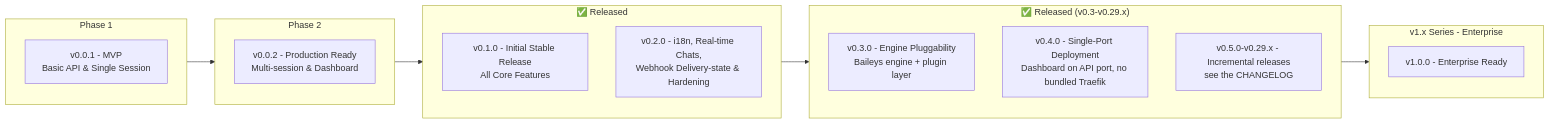
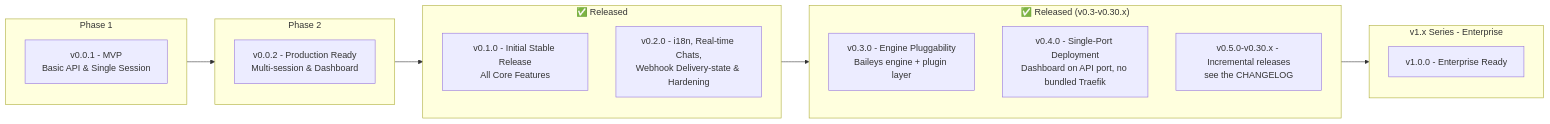
Before and after one commit to rmyndharis/OpenWA: the sixth of 7 diagrams in docs/15-project-roadmap.md, drawn with Mermaid. The commit also changed other lines of this file and 6 other files, not shown here.

````diff
--- a/docs/15-project-roadmap.md
+++ b/docs/15-project-roadmap.md
@@ -517,27 +517,27 @@
 ```mermaid
 flowchart LR
     subgraph Phase1["Phase 1"]
         V001[v0.0.1 - MVP<br/>Basic API & Single Session]
     end
 
     subgraph Phase2["Phase 2"]
         V002[v0.0.2 - Production Ready<br/>Multi-session & Dashboard]
     end
 
     subgraph Stable["✅ Released"]
         V010[v0.1.0 - Initial Stable Release<br/>All Core Features]
         V020[v0.2.0 - i18n, Real-time Chats,<br/>Webhook Delivery-state & Hardening]
     end
 
-    subgraph v0.x["✅ Released (v0.3-v0.29.x)"]
+    subgraph v0.x["✅ Released (v0.3-v0.30.x)"]
         V030[v0.3.0 - Engine Pluggability<br/>Baileys engine + plugin layer]
         V040[v0.4.0 - Single-Port Deployment<br/>Dashboard on API port, no bundled Traefik]
-        V011[v0.5.0-v0.29.x - Incremental releases<br/>see the CHANGELOG]
+        V011[v0.5.0-v0.30.x - Incremental releases<br/>see the CHANGELOG]
     end
 
     subgraph v1.x["v1.x Series - Enterprise"]
         V10[v1.0.0 - Enterprise Ready]
     end
 
     Phase1 --> Phase2 --> Stable --> v0.x --> v1.x
 ```
````
